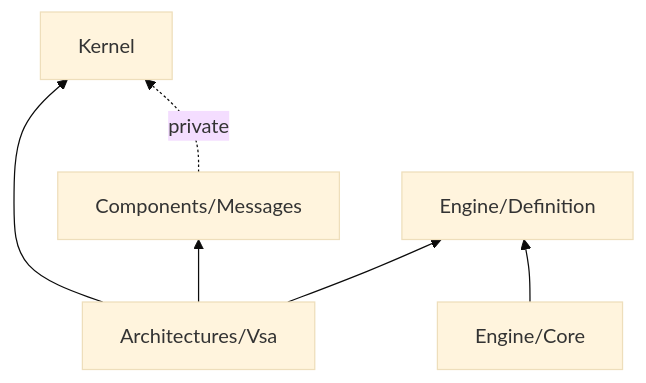
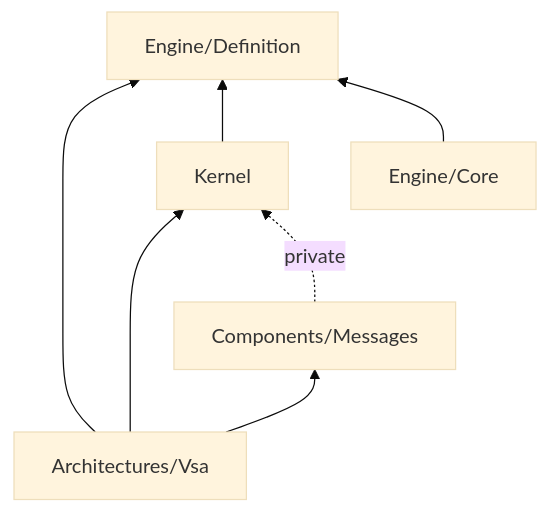
Before and after one commit to MgCohen/vsa-template: the diagram in docs/framework-layout.md, drawn with Mermaid (base theme). The commit also changed other lines of this file and 130 other files, not shown here.

````diff
--- a/docs/framework-layout.md
+++ b/docs/framework-layout.md
@@ -14,8 +14,9 @@
 ```mermaid
 flowchart BT
     Vsa["Architectures/Vsa"] --> Kernel
     Vsa --> Messages["Components/Messages"]
     Vsa --> Definition["Engine/Definition"]
     Messages -. private .-> Kernel
+    Kernel --> Definition
     Core["Engine/Core"] --> Definition
 ```
````
